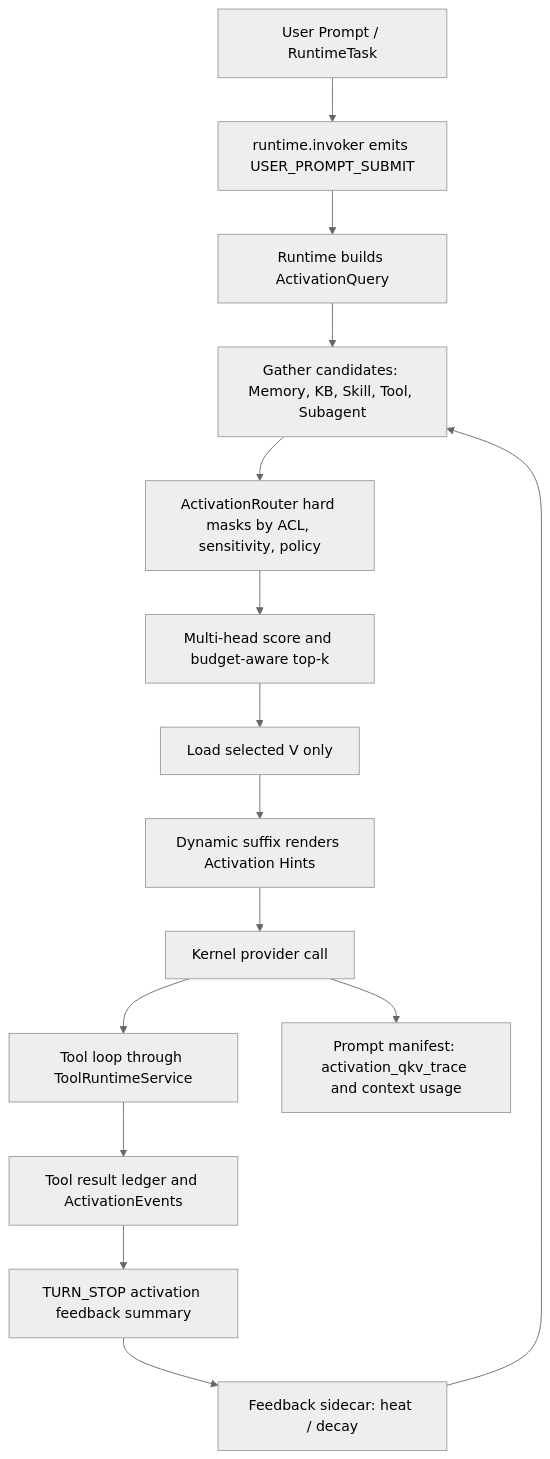
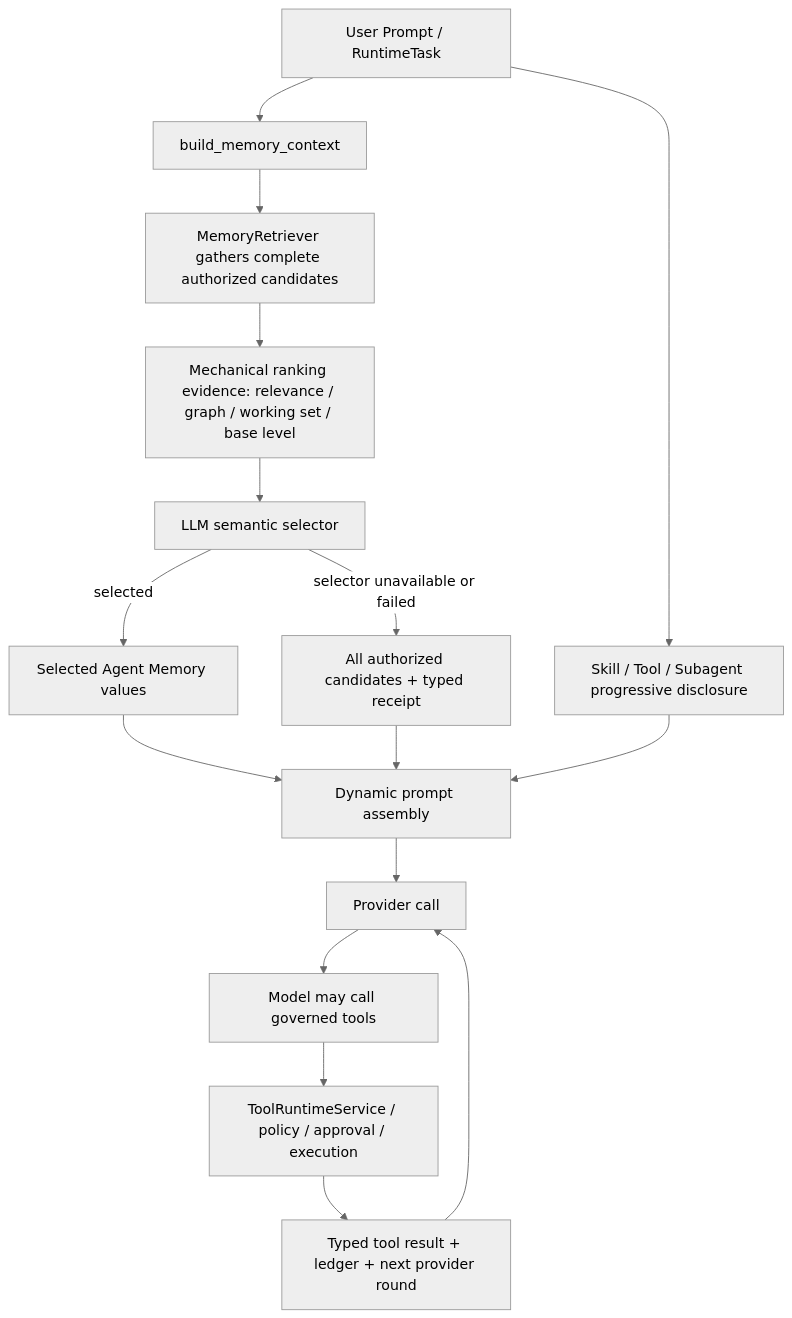
Before and after one commit to SteamRocket-Labs/hiveclaw: the diagram in docs/hive-native-external-attention-runtime-2026-07-06.md, drawn with Mermaid (neutral theme). The commit also changed other lines of this file and 12 other files, not shown here.

````diff
--- a/docs/hive-native-external-attention-runtime-2026-07-06.md
+++ b/docs/hive-native-external-attention-runtime-2026-07-06.md
@@ -63,17 +24,18 @@
 ```mermaid
 flowchart TD
-  A["User Prompt / RuntimeTask"] --> B["runtime.invoker emits USER_PROMPT_SUBMIT"]
-  B --> C["Runtime builds ActivationQuery"]
-  C --> D["Gather candidates: Memory, KB, Skill, Tool, Subagent"]
-  D --> E["ActivationRouter hard masks by ACL, sensitivity, policy"]
-  E --> F["Multi-head score and budget-aware top-k"]
-  F --> G["Load selected V only"]
-  G --> H["Dynamic suffix renders Activation Hints"]
-  H --> I["Kernel provider call"]
-  I --> J["Tool loop through ToolRuntimeService"]
-  J --> K["Tool result ledger and ActivationEvents"]
-  I --> L["Prompt manifest: activation_qkv_trace and context usage"]
-  K --> M["TURN_STOP activation feedback summary"]
-  M --> N["Feedback sidecar: heat / decay"]
-  N --> D
+  A["User Prompt / RuntimeTask"] --> B["build_memory_context"]
+  B --> C["MemoryRetriever gathers complete authorized candidates"]
+  C --> D["Mechanical ranking evidence: relevance / graph / working set / base level"]
+  D --> E["LLM semantic selector"]
+  E -->|"selected"| F["Selected Agent Memory values"]
+  E -->|"selector unavailable or failed"| G["All authorized candidates + typed receipt"]
+  F --> H["Dynamic prompt assembly"]
+  G --> H
+  A --> I["Skill / Tool / Subagent progressive disclosure"]
+  I --> H
+  H --> J["Provider call"]
+  J --> K["Model may call governed tools"]
+  K --> L["ToolRuntimeService / policy / approval / execution"]
+  L --> M["Typed tool result + ledger + next provider round"]
+  M --> J
 ```
````
